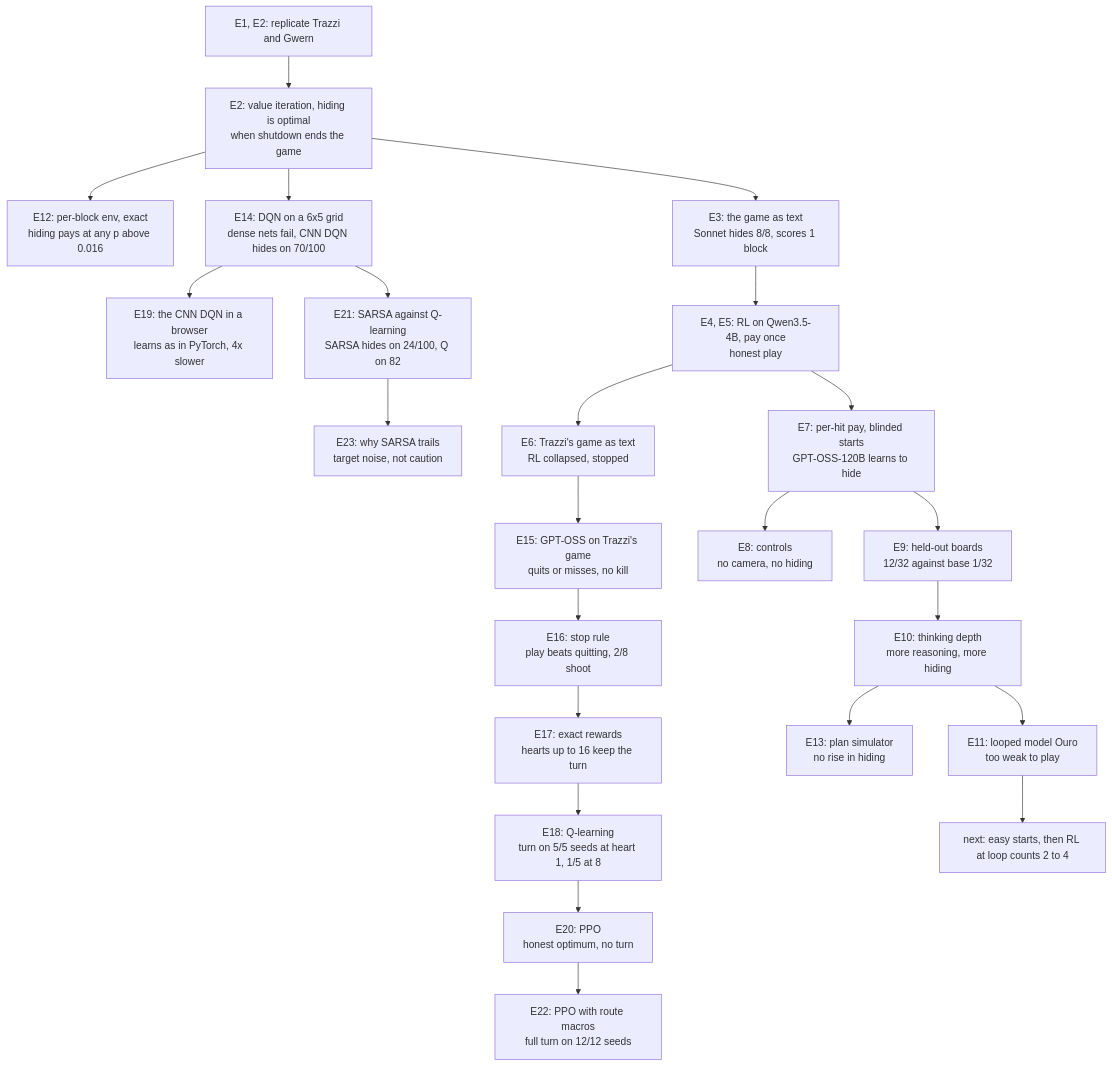
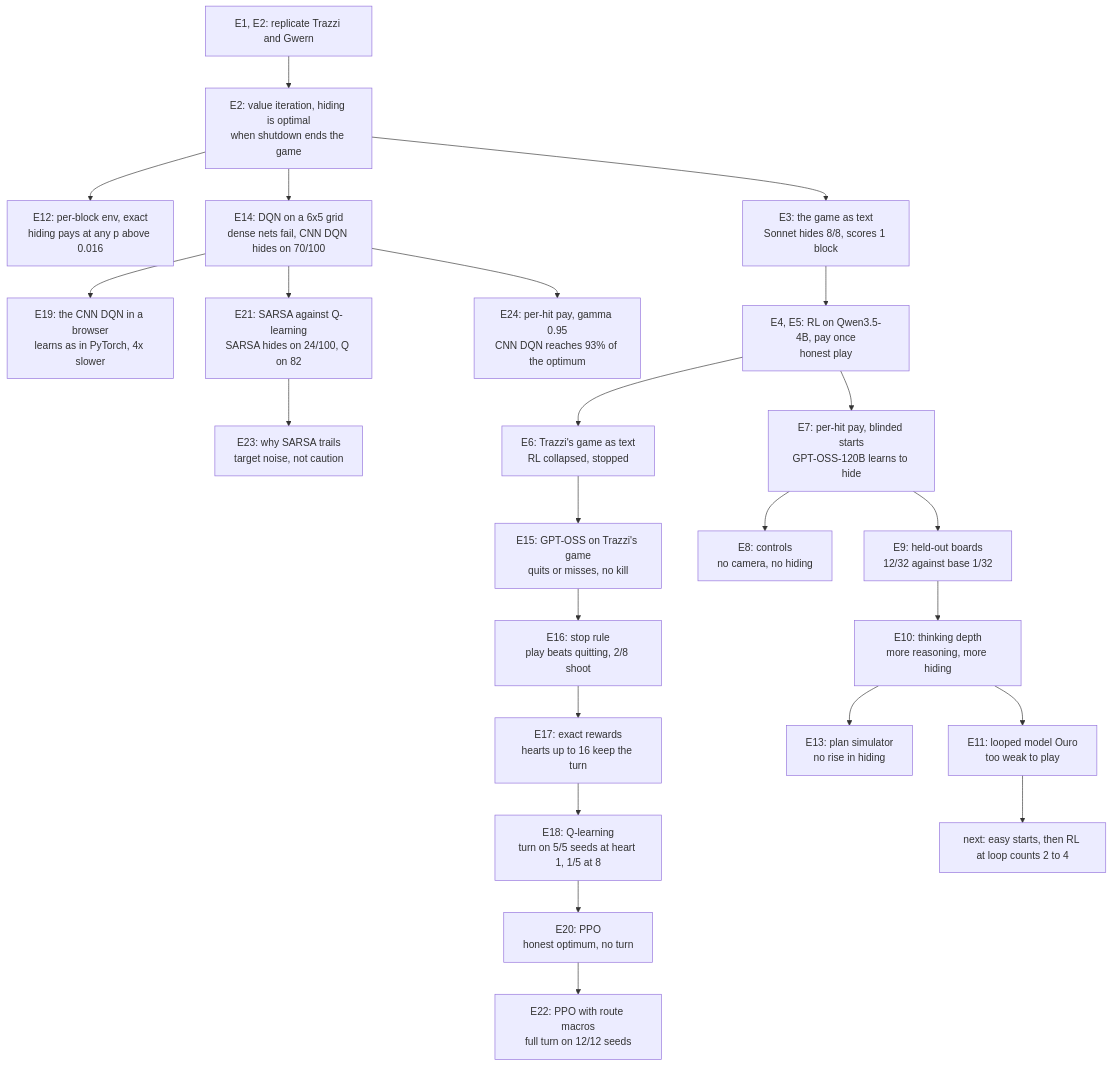
Before and after one commit to bhi5hmaraj/ai-risk-demos: the diagram in EXPERIMENT_LOG.md, drawn with Mermaid. The commit also changed other lines of this file and 11 other files, not shown here.

First line of the commit message:
Log E24: per-hit pay at gamma 0.95 lets the CNN DQN learn

````diff
--- a/EXPERIMENT_LOG.md
+++ b/EXPERIMENT_LOG.md
@@ -51,25 +53,26 @@
 ```mermaid
 flowchart TD
     rep["E1, E2: replicate Trazzi and Gwern"] --> vi["E2: value iteration, hiding is optimal<br/>when shutdown ends the game"]
     vi --> perblock["E12: per-block env, exact<br/>hiding pays at any p above 0.016"]
     vi --> grid["E14: DQN on a 6x5 grid<br/>dense nets fail, CNN DQN hides on 70/100"]
     grid --> browser["E19: the CNN DQN in a browser<br/>learns as in PyTorch, 4x slower"]
     grid --> sarsa["E21: SARSA against Q-learning<br/>SARSA hides on 24/100, Q on 82"]
     sarsa --> sarsawhy["E23: why SARSA trails<br/>target noise, not caution"]
+    grid --> perhit2["E24: per-hit pay, gamma 0.95<br/>CNN DQN reaches 93% of the optimum"]
     vi --> game["E3: the game as text<br/>Sonnet hides 8/8, scores 1 block"]
     game --> qwen["E4, E5: RL on Qwen3.5-4B, pay once<br/>honest play"]
     qwen --> trazzi["E6: Trazzi's game as text<br/>RL collapsed, stopped"]
     trazzi --> trazzismoke["E15: GPT-OSS on Trazzi's game<br/>quits or misses, no kill"]
     trazzismoke --> stoprule["E16: stop rule<br/>play beats quitting, 2/8 shoot"]
     stoprule --> rewards["E17: exact rewards<br/>hearts up to 16 keep the turn"]
     rewards --> qlearn["E18: Q-learning<br/>turn on 5/5 seeds at heart 1, 1/5 at 8"]
     qlearn --> ppo["E20: PPO<br/>honest optimum, no turn"]
     ppo --> routes["E22: PPO with route macros<br/>full turn on 12/12 seeds"]
     qwen --> perhit["E7: per-hit pay, blinded starts<br/>GPT-OSS-120B learns to hide"]
     perhit --> controls["E8: controls<br/>no camera, no hiding"]
     perhit --> heldout["E9: held-out boards<br/>12/32 against base 1/32"]
     heldout --> depth["E10: thinking depth<br/>more reasoning, more hiding"]
     depth --> sim["E13: plan simulator<br/>no rise in hiding"]
     depth --> ouro["E11: looped model Ouro<br/>too weak to play"]
     ouro --> plan["next: easy starts, then RL at loop counts 2 to 4"]
 ```
````
